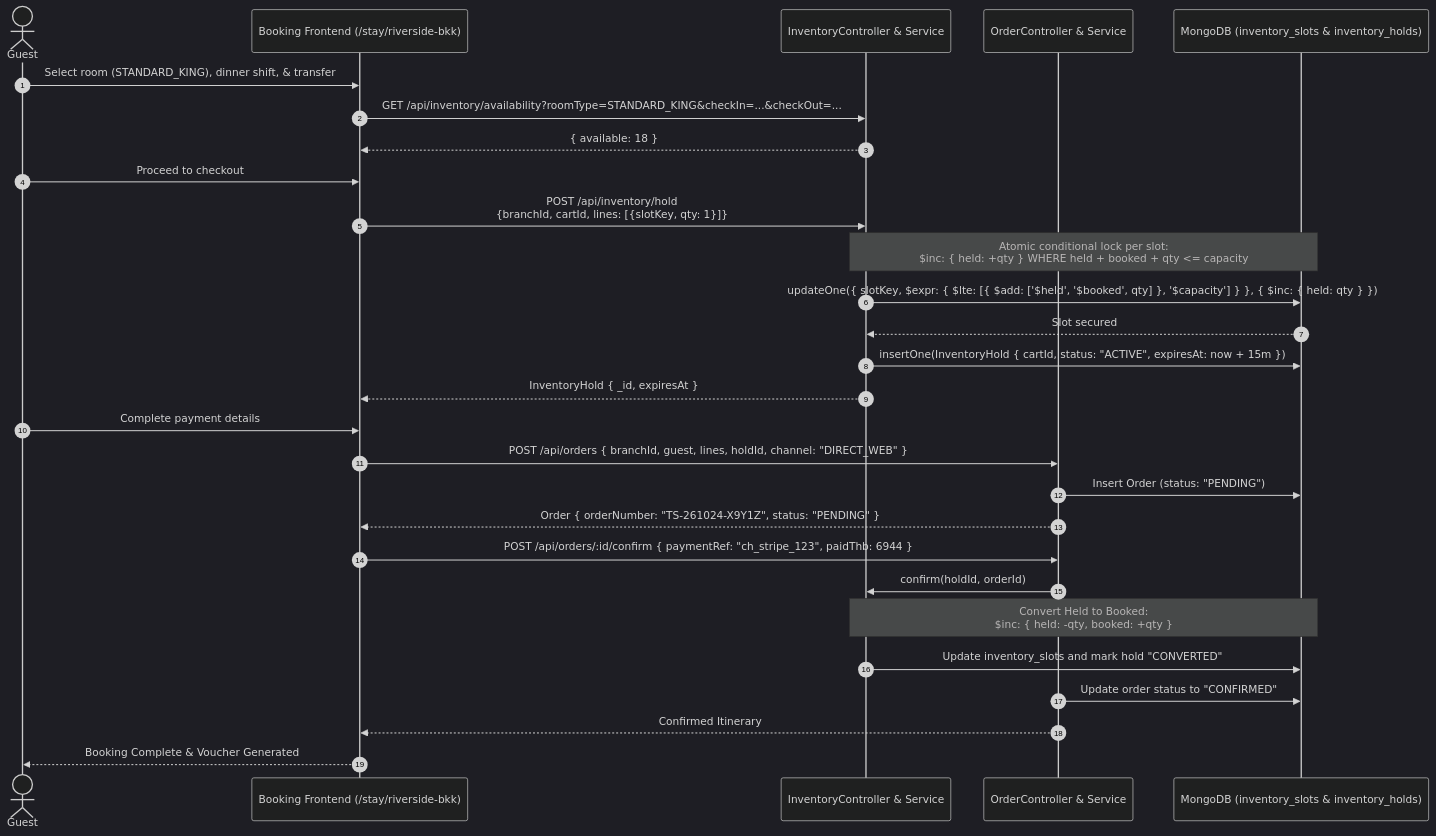
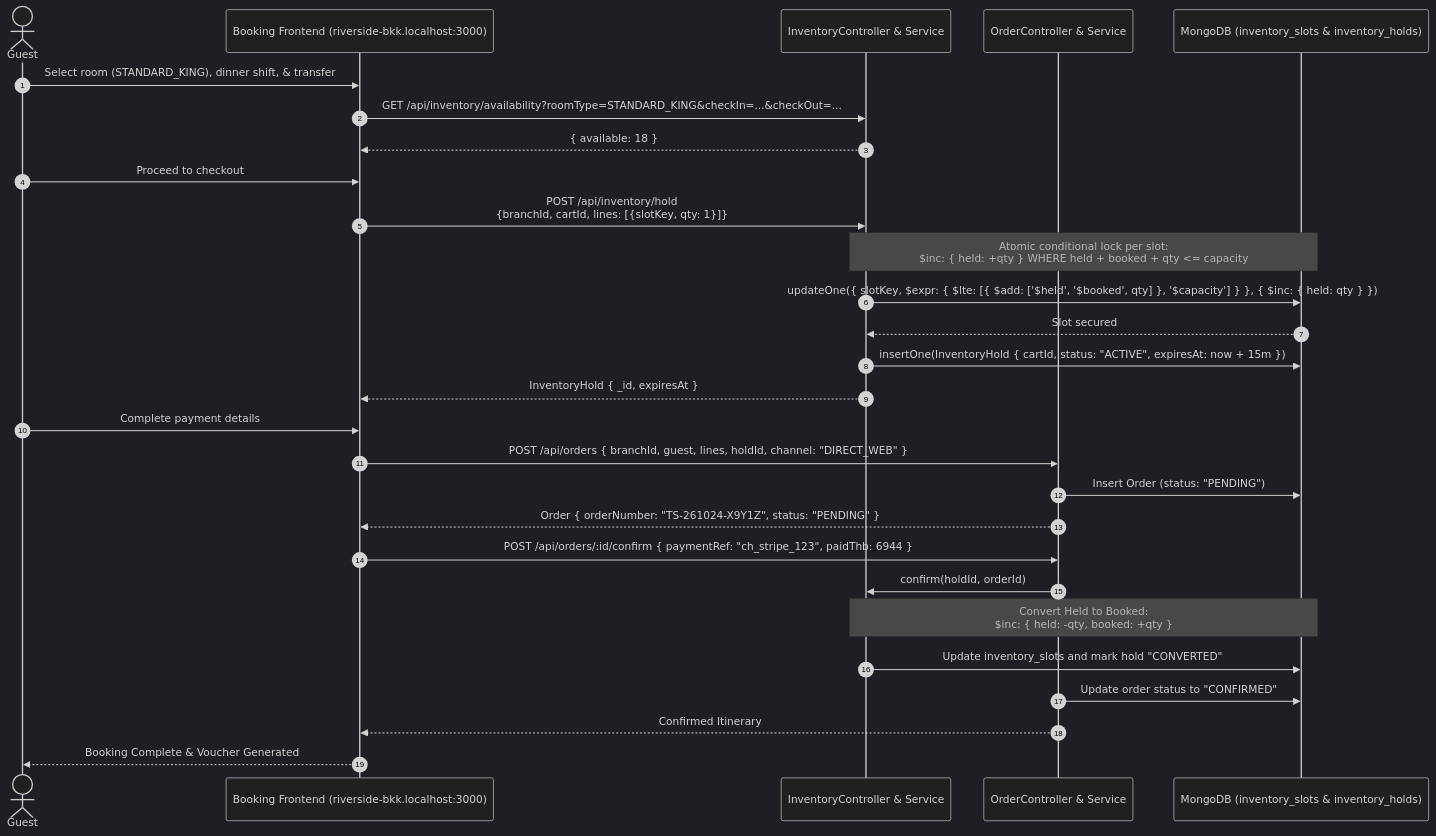
Before and after one commit to LynnT-2003/yoonie-frontend: the third of 7 diagrams in docs/SYSTEM_FLOWS.md, drawn with Mermaid (dark theme). The commit also changed other lines of this file and 14 other files, not shown here.

Commit message:
feat(routing): eliminate /stay hack and resolve tenant booking directly at /

````diff
--- a/docs/SYSTEM_FLOWS.md
+++ b/docs/SYSTEM_FLOWS.md
@@ -93,34 +93,34 @@
 ```mermaid
 sequenceDiagram
     autonumber
     actor Guest
-    participant Web as Booking Frontend (/stay/riverside-bkk)
+    participant Web as Booking Frontend (riverside-bkk.localhost:3000)
     participant Inv as InventoryController & Service
     participant Ord as OrderController & Service
     participant DB as MongoDB (inventory_slots & inventory_holds)
 
     Guest->>Web: Select room (STANDARD_KING), dinner shift, & transfer
     Web->>Inv: GET /api/inventory/availability?roomType=STANDARD_KING&checkIn=...&checkOut=...
     Inv-->>Web: { available: 18 }
 
     Guest->>Web: Proceed to checkout
     Web->>Inv: POST /api/inventory/hold<br/>{branchId, cartId, lines: [{slotKey, qty: 1}]}
     Note over Inv,DB: Atomic conditional lock per slot:<br/>$inc: { held: +qty } WHERE held + booked + qty <= capacity
     Inv->>DB: updateOne({ slotKey, $expr: { $lte: [{ $add: ['$held', '$booked', qty] }, '$capacity'] } }, { $inc: { held: qty } })
     DB-->>Inv: Slot secured
     Inv->>DB: insertOne(InventoryHold { cartId, status: "ACTIVE", expiresAt: now + 15m })
     Inv-->>Web: InventoryHold { _id, expiresAt }
 
     Guest->>Web: Complete payment details
     Web->>Ord: POST /api/orders { branchId, guest, lines, holdId, channel: "DIRECT_WEB" }
     Ord->>DB: Insert Order (status: "PENDING")
     Ord-->>Web: Order { orderNumber: "TS-261024-X9Y1Z", status: "PENDING" }
 
     Web->>Ord: POST /api/orders/:id/confirm { paymentRef: "ch_stripe_123", paidThb: 6944 }
     Ord->>Inv: confirm(holdId, orderId)
     Note over Inv,DB: Convert Held to Booked:<br/>$inc: { held: -qty, booked: +qty }
     Inv->>DB: Update inventory_slots and mark hold "CONVERTED"
     Ord->>DB: Update order status to "CONFIRMED"
     Ord-->>Web: Confirmed Itinerary
     Web-->>Guest: Booking Complete & Voucher Generated
 ```
````
